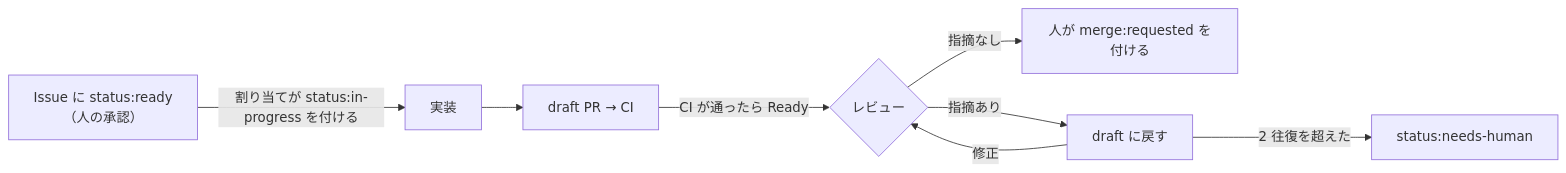
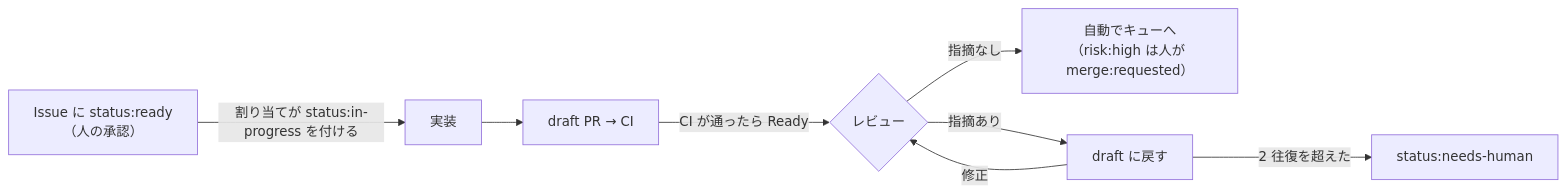
One commit to namu112358/poc-software-factory-20261112 changed the diagram in .claude/routines/README.md. Above: the diagram before and after it, drawn with Mermaid. The commit also changed other lines of this file and 9 other files, not shown here.

````diff
--- a/.claude/routines/README.md
+++ b/.claude/routines/README.md
@@ -7,10 +7,10 @@
 ```mermaid
 flowchart LR
   I["Issue に status:ready<br/>（人の承認）"] -->|割り当てが status:in-progress を付ける| P["実装"]
   P --> D["draft PR → CI"]
   D -->|CI が通ったら Ready| R{"レビュー"}
-  R -- 指摘なし --> OK["人が merge:requested を付ける"]
+  R -- 指摘なし --> OK["自動でキューへ<br/>（risk:high は人が merge:requested）"]
   R -- 指摘あり --> B["draft に戻す"]
   B -->|修正| R
   B -->|2 往復を超えた| H["status:needs-human"]
 ```
````
